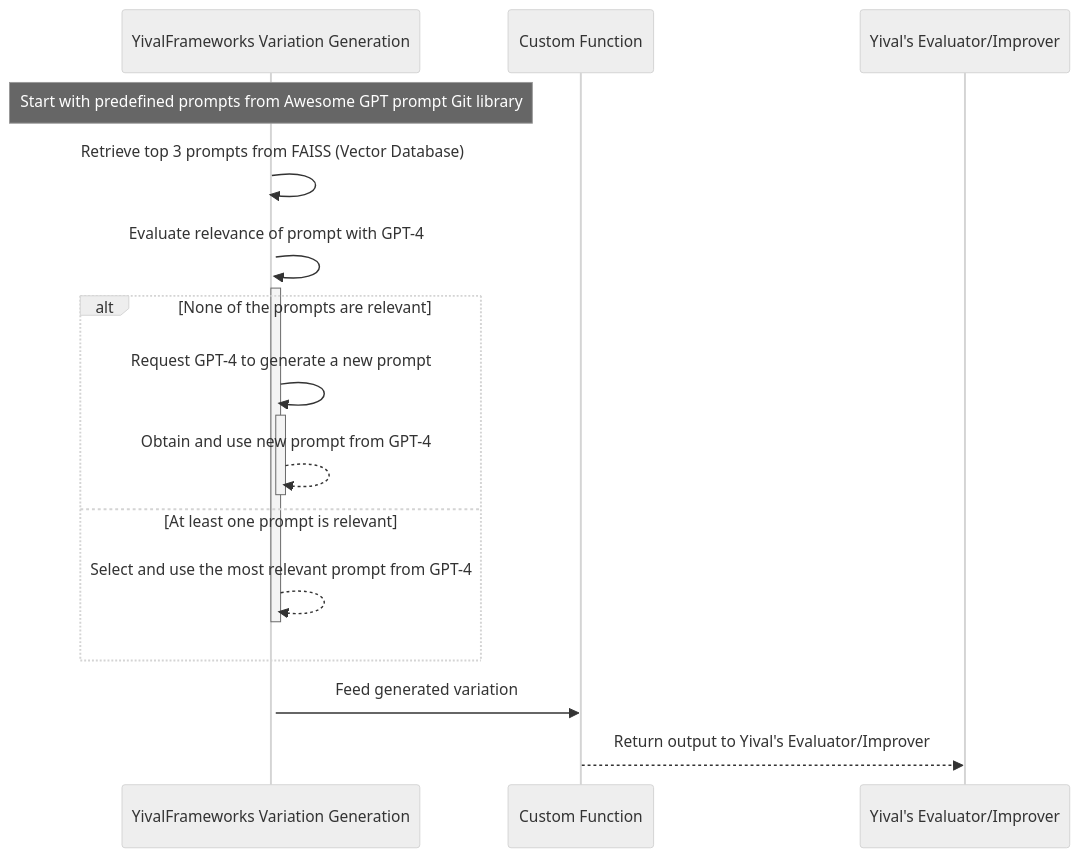
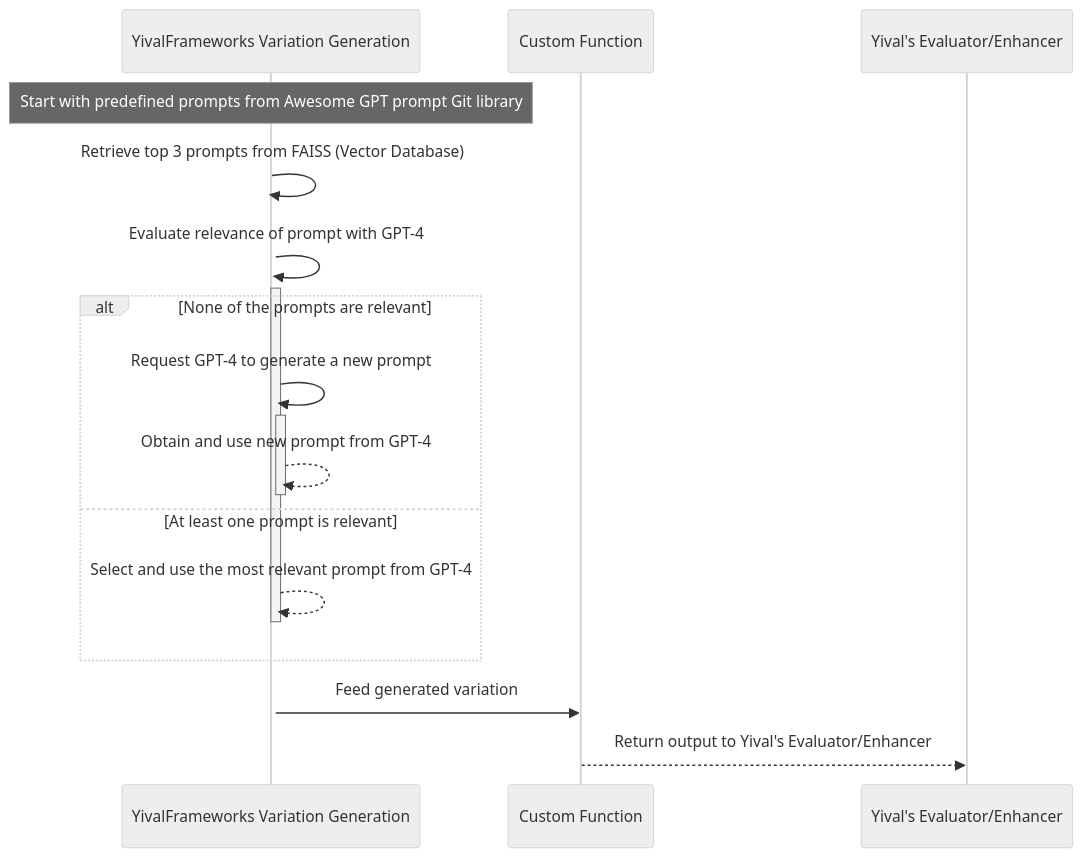
The diagram in docs/blog/prompt_generation_using_retrivel.md (YiVal/YiVal), drawn with Mermaid (neutral theme) before and after one commit. The commit also changed 8 other files, not shown here.

````diff
--- a/docs/blog/prompt_generation_using_retrivel.md
+++ b/docs/blog/prompt_generation_using_retrivel.md
@@ -64,22 +64,22 @@
 ```mermaid
 sequenceDiagram
     participant Y as YivalFrameworks Variation Generation
     participant C as Custom Function
-    participant E as Yival's Evaluator/Improver
+    participant E as Yival's Evaluator/Enhancer
 
     Note over Y: Start with predefined prompts from Awesome GPT prompt Git library
 
     Y->>+Y: Retrieve top 3 prompts from FAISS (Vector Database)
     Y->>+Y: Evaluate relevance of prompt with GPT-4
 
     alt None of the prompts are relevant
         Y->>+Y: Request GPT-4 to generate a new prompt
         Y-->>-Y: Obtain and use new prompt from GPT-4
     else At least one prompt is relevant
         Y-->>-Y: Select and use the most relevant prompt from GPT-4
     end
 
     Y->>C: Feed generated variation
-    C-->>E: Return output to Yival's Evaluator/Improver
+    C-->>E: Return output to Yival's Evaluator/Enhancer
 
 ```
````
